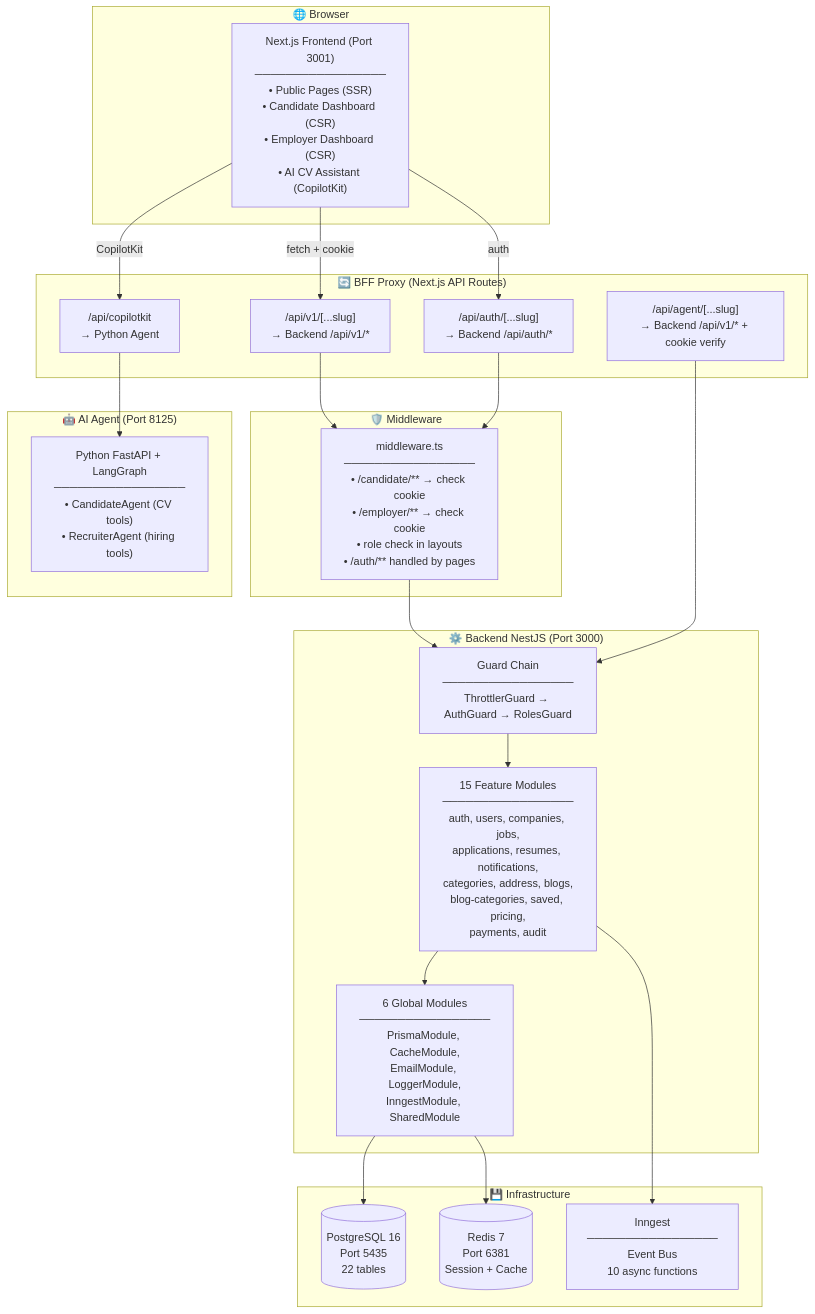
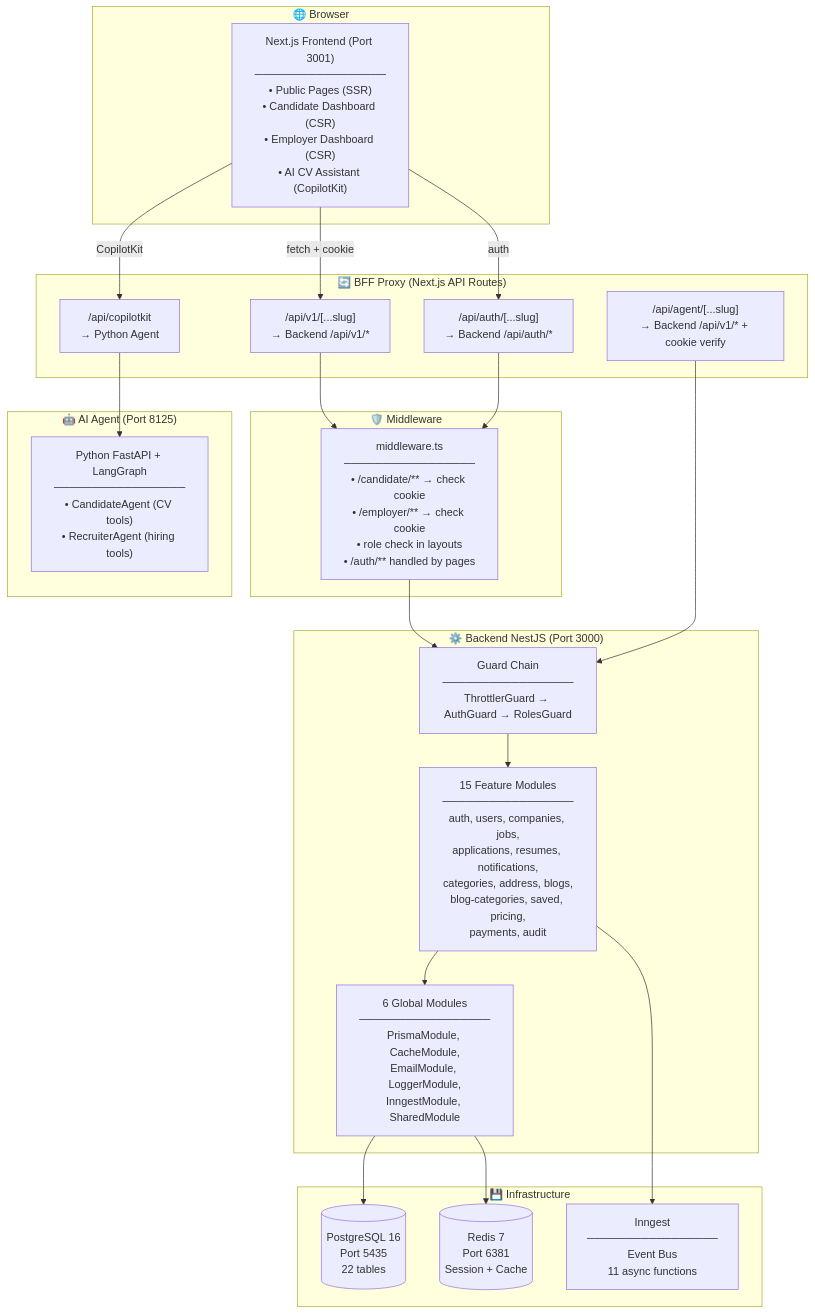
Before and after one commit to Hieuej147/job-PhuQuoc: the first of 28 diagrams in TEAM_FE_DOCUMENT.md, drawn with Mermaid. The commit also changed other lines of this file and 32 other files, not shown here.

Commit message:
fix cv flow and application lifecycle cleanup

````diff
--- a/TEAM_FE_DOCUMENT.md
+++ b/TEAM_FE_DOCUMENT.md
@@ -36,47 +36,47 @@
 ```mermaid
 graph TB
     subgraph Browser["🌐 Browser"]
         FE["Next.js Frontend (Port 3001)<br/>─────────────────<br/>• Public Pages (SSR)<br/>• Candidate Dashboard (CSR)<br/>• Employer Dashboard (CSR)<br/>• AI CV Assistant (CopilotKit)"]
     end
 
     subgraph BFF["🔄 BFF Proxy (Next.js API Routes)"]
         V1["/api/v1/[...slug]<br/>→ Backend /api/v1/*"]
         AUTH["/api/auth/[...slug]<br/>→ Backend /api/auth/*"]
         AGENT["/api/agent/[...slug]<br/>→ Backend /api/v1/* + cookie verify"]
         CK["/api/copilotkit<br/>→ Python Agent"]
     end
 
     subgraph MW["🛡️ Middleware"]
         MID["middleware.ts<br/>─────────────────<br/>• /candidate/** → check cookie<br/>• /employer/** → check cookie<br/>• role check in layouts<br/>• /auth/** handled by pages"]
     end
 
     subgraph BE["⚙️ Backend NestJS (Port 3000)"]
         GUARD["Guard Chain<br/>─────────────────<br/>ThrottlerGuard → AuthGuard → RolesGuard"]
         MOD["15 Feature Modules<br/>─────────────────<br/>auth, users, companies, jobs,<br/>applications, resumes, notifications,<br/>categories, address, blogs,<br/>blog-categories, saved, pricing,<br/>payments, audit"]
         INFRA["6 Global Modules<br/>─────────────────<br/>PrismaModule, CacheModule,<br/>EmailModule, LoggerModule,<br/>InngestModule, SharedModule"]
     end
 
     subgraph Agent["🤖 AI Agent (Port 8125)"]
         PY["Python FastAPI + LangGraph<br/>─────────────────<br/>• CandidateAgent (CV tools)<br/>• RecruiterAgent (hiring tools)"]
     end
 
     subgraph DB["💾 Infrastructure"]
         PG[("PostgreSQL 16<br/>Port 5435<br/>22 tables")]
         RD[("Redis 7<br/>Port 6381<br/>Session + Cache")]
-        ING["Inngest<br/>─────────────────<br/>Event Bus<br/>10 async functions"]
+        ING["Inngest<br/>─────────────────<br/>Event Bus<br/>11 async functions"]
     end
 
     FE -->|"fetch + cookie"| V1
     FE -->|"auth"| AUTH
     FE -->|"CopilotKit"| CK
     V1 --> MID
     AUTH --> MID
     MID --> GUARD
     GUARD --> MOD
     MOD --> INFRA
     INFRA --> PG
     INFRA --> RD
     MOD --> ING
     CK --> PY
     AGENT --> GUARD
 ```
````
